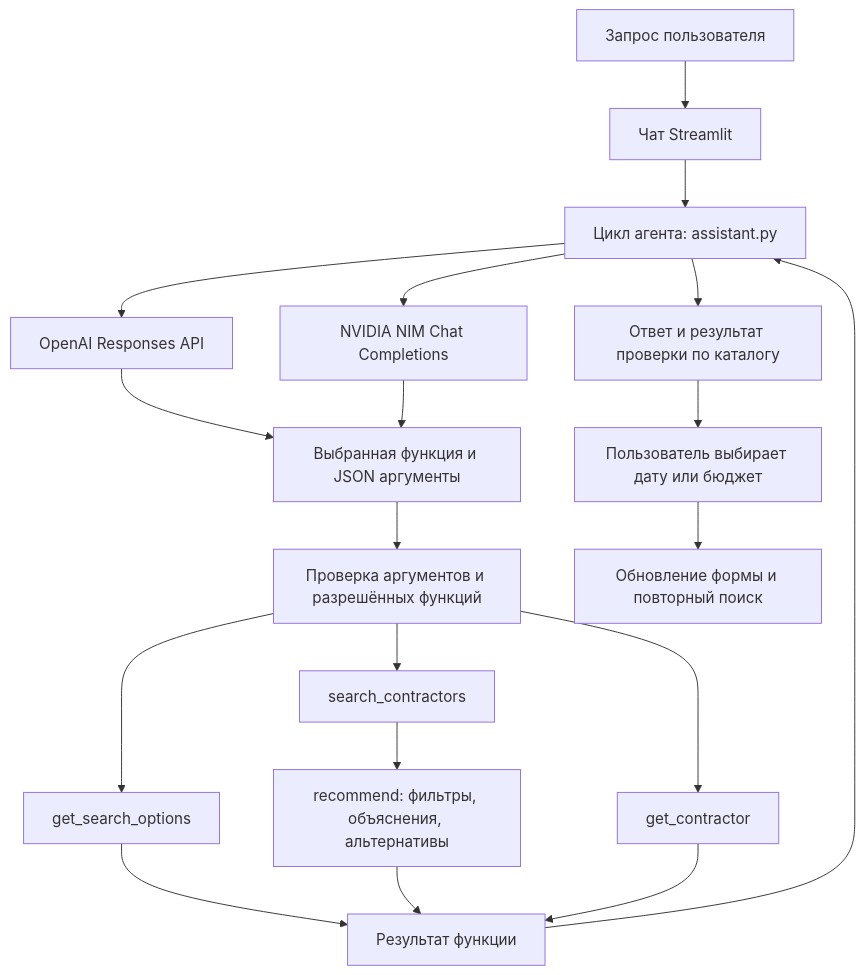
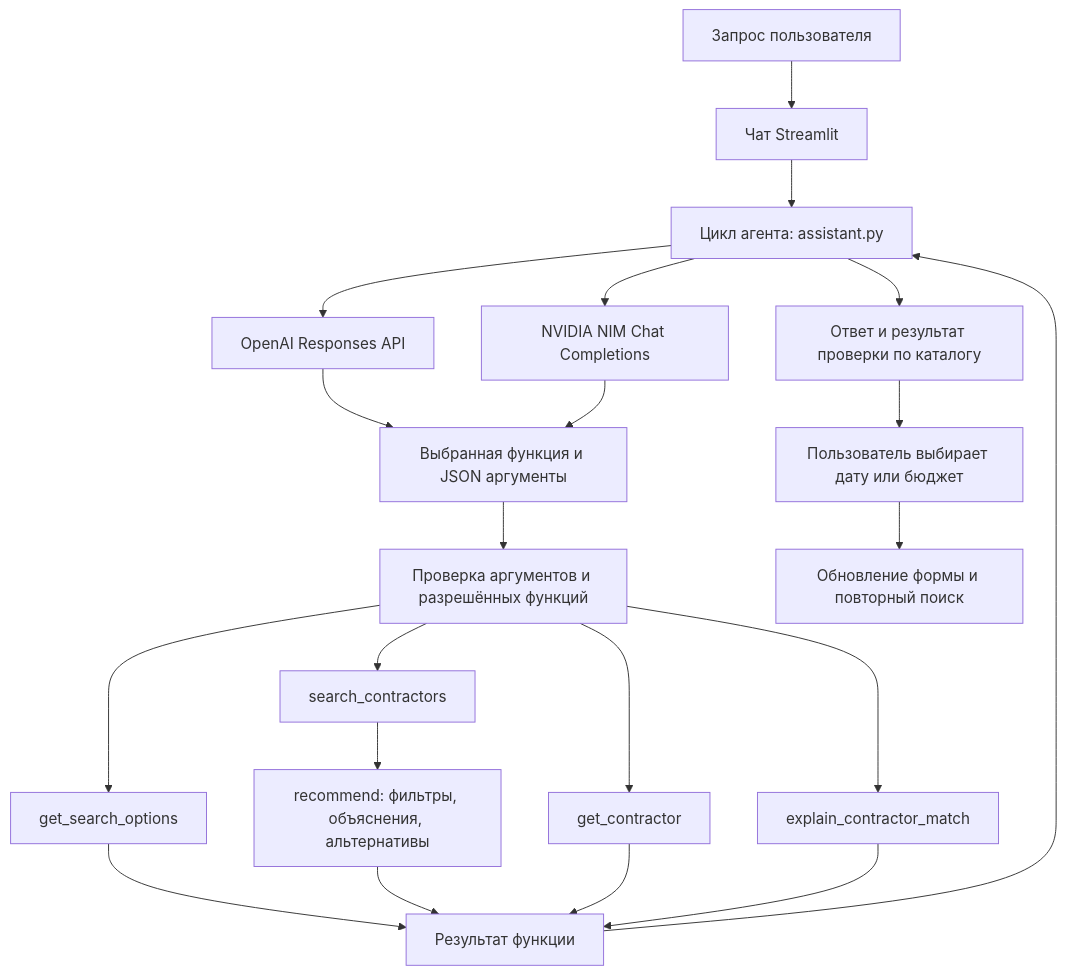
Before and after one commit to BAITC-Hacks/hack-57ec179f-nurseitai: the diagram in AGENT_SETUP.md, drawn with Mermaid. The commit also changed other lines of this file and 15 other files, not shown here.

Commit message:
Make agent the main search flow with verifiable explanations and comparison

````diff
--- a/AGENT_SETUP.md
+++ b/AGENT_SETUP.md
@@ -9,21 +9,23 @@
 ```mermaid
 flowchart TD
     User[Запрос пользователя] --> Chat[Чат Streamlit]
     Chat --> Agent[Цикл агента: assistant.py]
     Agent --> OpenAI[OpenAI Responses API]
     Agent --> NVIDIA[NVIDIA NIM Chat Completions]
     OpenAI --> Call[Выбранная функция и JSON аргументы]
     NVIDIA --> Call
     Call --> Validation[Проверка аргументов и разрешённых функций]
     Validation --> Options[get_search_options]
     Validation --> Search[search_contractors]
     Validation --> Profile[get_contractor]
+    Validation --> Explain[explain_contractor_match]
     Search --> Recommend[recommend: фильтры, объяснения, альтернативы]
     Options --> Result[Результат функции]
     Recommend --> Result
     Profile --> Result
+    Explain --> Result
     Result --> Agent
     Agent --> Answer[Ответ и результат проверки по каталогу]
     Answer --> Choice[Пользователь выбирает дату или бюджет]
     Choice --> Form[Обновление формы и повторный поиск]
 ```
````
